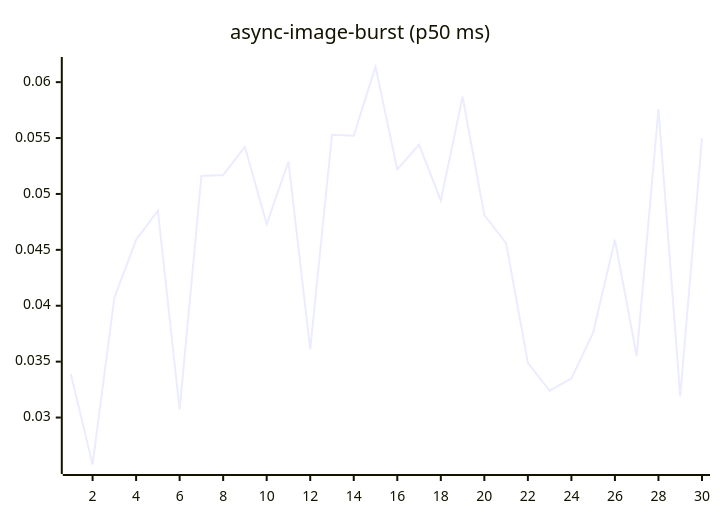
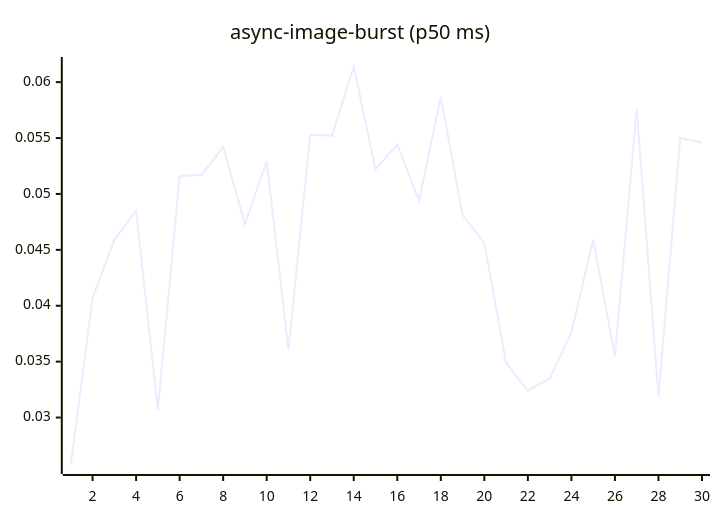
One commit to josha/Facet changed the fourth of 27 diagrams in README.md. Above: the diagram before and after it, drawn with Mermaid. The commit also changed other lines of this file and 2 other files, not shown here.

````diff
--- a/README.md
+++ b/README.md
@@ -84,6 +84,6 @@
 ```mermaid
 xychart-beta
     title "async-image-burst (p50 ms)"
     x-axis 1 --> 30
-    line [0.0339, 0.0258, 0.0407, 0.0459, 0.0485, 0.0307, 0.0516, 0.0517, 0.0542, 0.0473, 0.0529, 0.0361, 0.0553, 0.0552, 0.0614, 0.0522, 0.0544, 0.0494, 0.0587, 0.0481, 0.0456, 0.0349, 0.0324, 0.0335, 0.0376, 0.0459, 0.0355, 0.0576, 0.0319, 0.0550]
+    line [0.0258, 0.0407, 0.0459, 0.0485, 0.0307, 0.0516, 0.0517, 0.0542, 0.0473, 0.0529, 0.0361, 0.0553, 0.0552, 0.0614, 0.0522, 0.0544, 0.0494, 0.0587, 0.0481, 0.0456, 0.0349, 0.0324, 0.0335, 0.0376, 0.0459, 0.0355, 0.0576, 0.0319, 0.0550, 0.0546]
 ```
````
